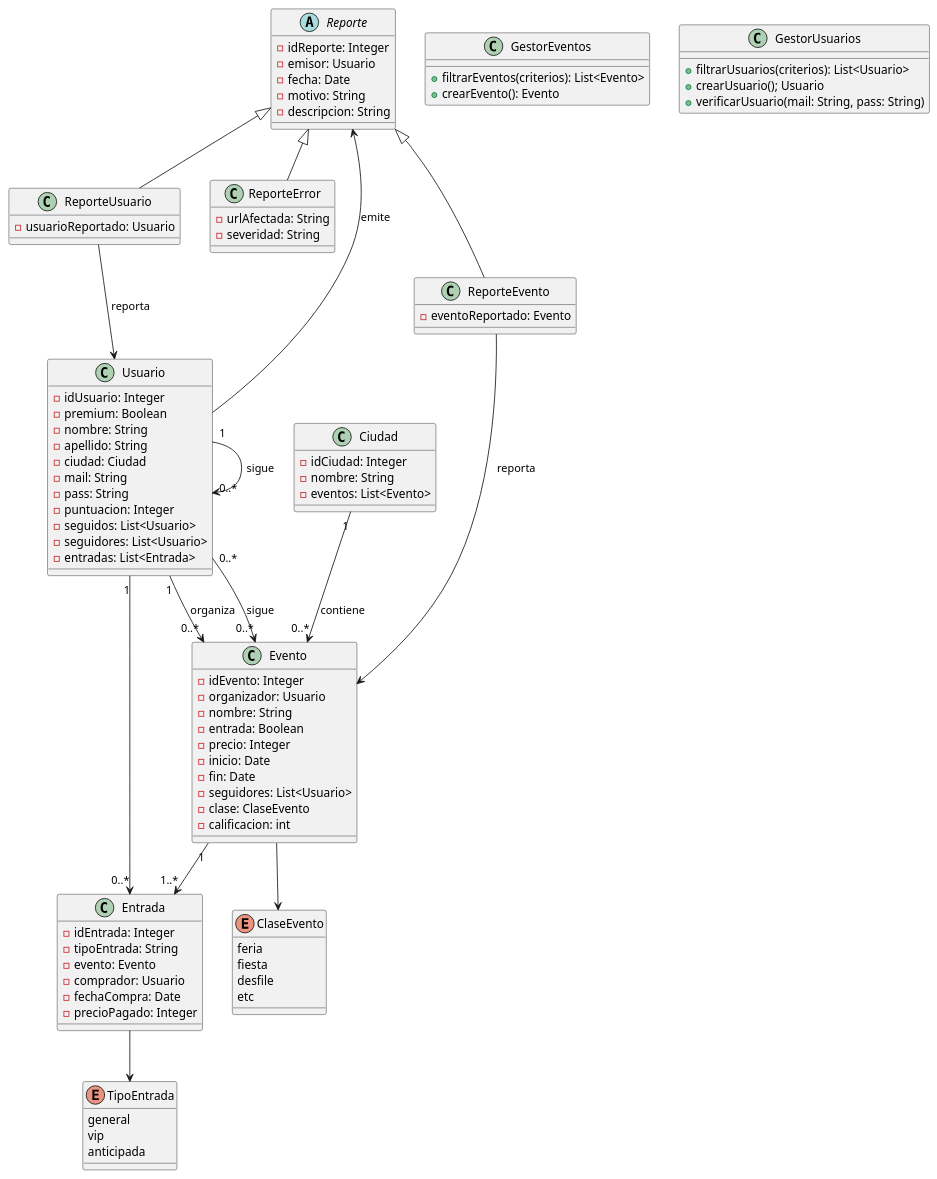
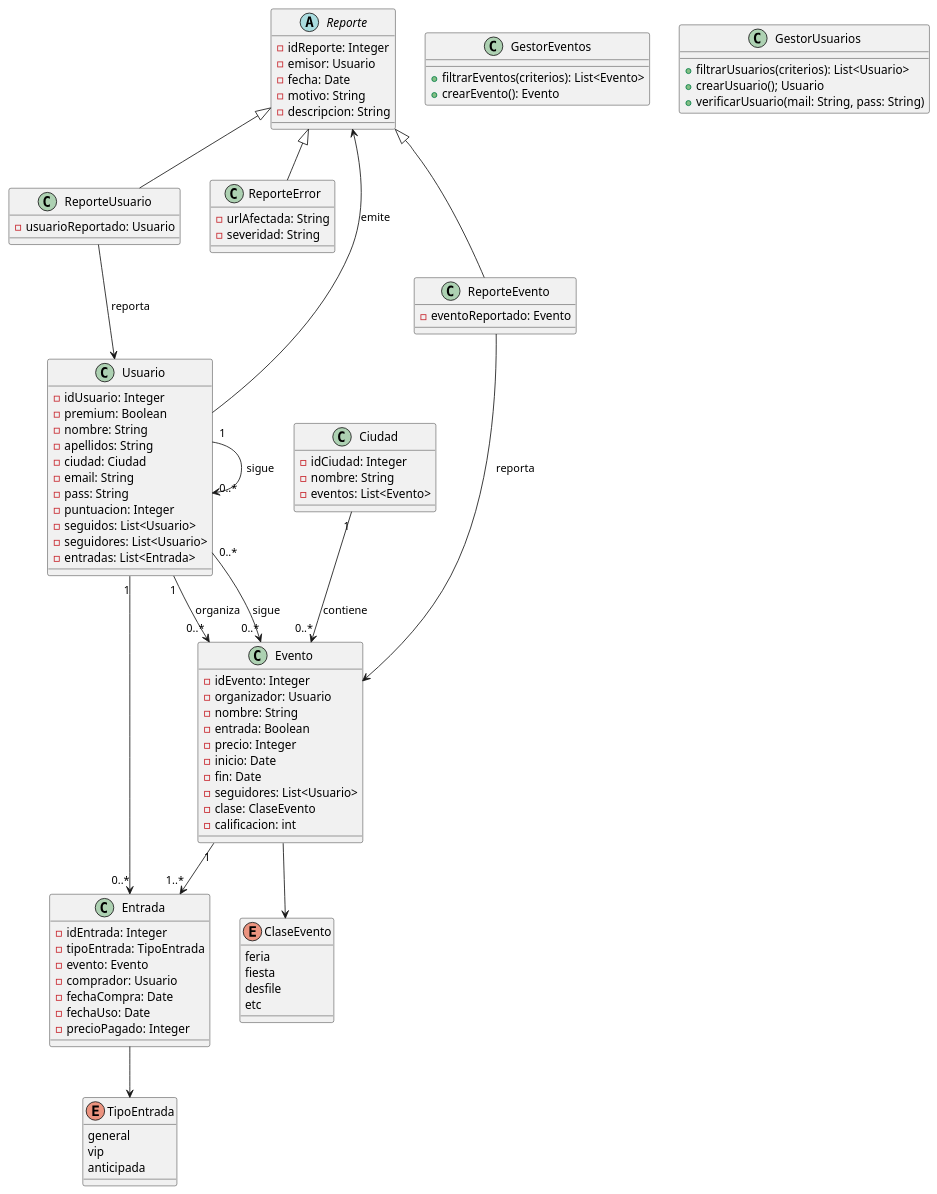
The diagram in extraDoc/classDiagram.puml (ConfusedRebel/CultureClub), drawn with PlantUML before and after one commit. The commit also changed 3 other files, not shown here.

```diff
--- a/extraDoc/classDiagram.puml
+++ b/extraDoc/classDiagram.puml
@@ -2,124 +2,125 @@
-@startuml
+@startuml name  "Diagrama de Clases"
 
 abstract class Reporte {
    - idReporte: Integer
    - emisor: Usuario
    - fecha: Date
    - motivo: String
    - descripcion: String
 }
 
 
 class ReporteUsuario {
    - usuarioReportado: Usuario
 }
 
 
 class ReporteError {
    - urlAfectada: String
    - severidad: String
 }
 
 
 class ReporteEvento {
    - eventoReportado: Evento
 }
 
 
 enum ClaseEvento {
    feria
    fiesta
    desfile
    etc
 }
 
 
 class Evento {
    - idEvento: Integer
    - organizador: Usuario
    - nombre: String
    - entrada: Boolean
    - precio: Integer
    - inicio: Date
    - fin: Date
    - seguidores: List<Usuario>
    - clase: ClaseEvento
    - calificacion: int
 }
 
 
 class Ciudad {
    - idCiudad: Integer
    - nombre: String
    - eventos: List<Evento>
 }
 
 
 class Usuario {
    - idUsuario: Integer
    - premium: Boolean
    - nombre: String
-   - apellido: String
+   - apellidos: String
    - ciudad: Ciudad
-   - mail: String
+   - email: String
    - pass: String
    - puntuacion: Integer
    - seguidos: List<Usuario>
    - seguidores: List<Usuario>
    - entradas: List<Entrada>
 }
 
 
 class Entrada {
    - idEntrada: Integer
-   - tipoEntrada: String
+   - tipoEntrada: TipoEntrada
    - evento: Evento
    - comprador: Usuario
    - fechaCompra: Date
+   - fechaUso: Date
    - precioPagado: Integer
 }
 
 
 class GestorEventos {
    + filtrarEventos(criterios): List<Evento>
    + crearEvento(): Evento
 }
 
 
 class GestorUsuarios{
    + filtrarUsuarios(criterios): List<Usuario>
    + crearUsuario(); Usuario
    + verificarUsuario(mail: String, pass: String)
 }
 
 
 enum TipoEntrada {
    general
    vip
    anticipada
 }
 
 
 
 
 
 
 Usuario --> Reporte : emite
 Reporte <|-- ReporteUsuario
 Reporte <|-- ReporteError
 Reporte <|-- ReporteEvento
 ReporteUsuario --> Usuario : reporta
 ReporteEvento --> Evento : reporta
 Usuario "1" --> "0..*" Evento : organiza
 Usuario "0..*" --> "0..*" Evento : sigue
 Usuario "1" --> "0..*" Usuario : sigue
 Evento --> ClaseEvento
 Entrada --> TipoEntrada
 Ciudad "1" --> "0..*" Evento : contiene
 Usuario "1" --> "0..*" Entrada
 Evento "1" --> "1..*" Entrada
 
 
 
 
 @enduml
```
